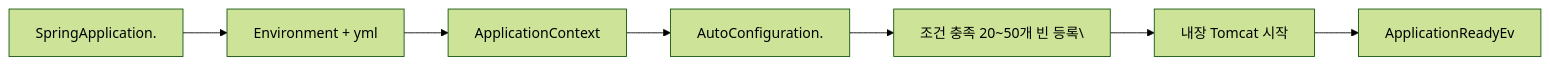
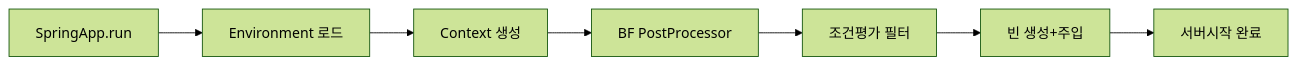
One commit to yjkim2015/yjkim2015.github.io changed the fifth of 5 diagrams in _posts/spring/2026-05-02-spring-boot-autoconfigure.md. Above: the diagram before and after it, drawn with Mermaid (forest theme). The commit also changed other lines of this file and 4 other files, not shown here.

````diff
--- a/_posts/spring/2026-05-02-spring-boot-autoconfigure.md
+++ b/_posts/spring/2026-05-02-spring-boot-autoconfigure.md
@@ -672,9 +1726,9 @@
 ```mermaid
-flowchart LR
-    A["SpringApplication."] --> B["Environment + yml"]
-    B --> C["ApplicationContext"]
-    C --> D["AutoConfiguration."]
-    D --> E["조건 충족 20~50개 빈 등록\"]
-    E --> F["내장 Tomcat 시작"]
-    F --> G["ApplicationReadyEv"]
+graph LR
+    A[SpringApp.run] --> B[Environment 로드]
+    B --> C[Context 생성]
+    C --> D[BF PostProcessor]
+    D --> E[조건평가 필터]
+    E --> F[빈 생성+주입]
+    F --> G[서버시작 완료]
 ```
````
